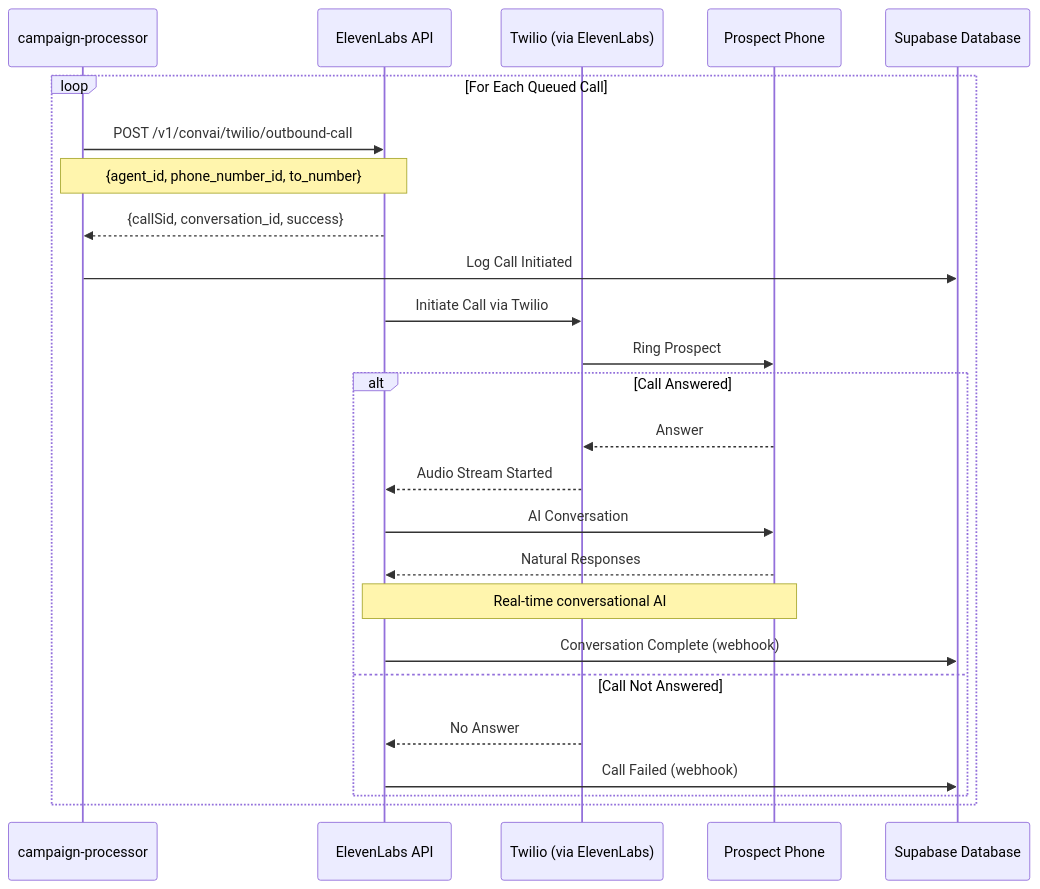
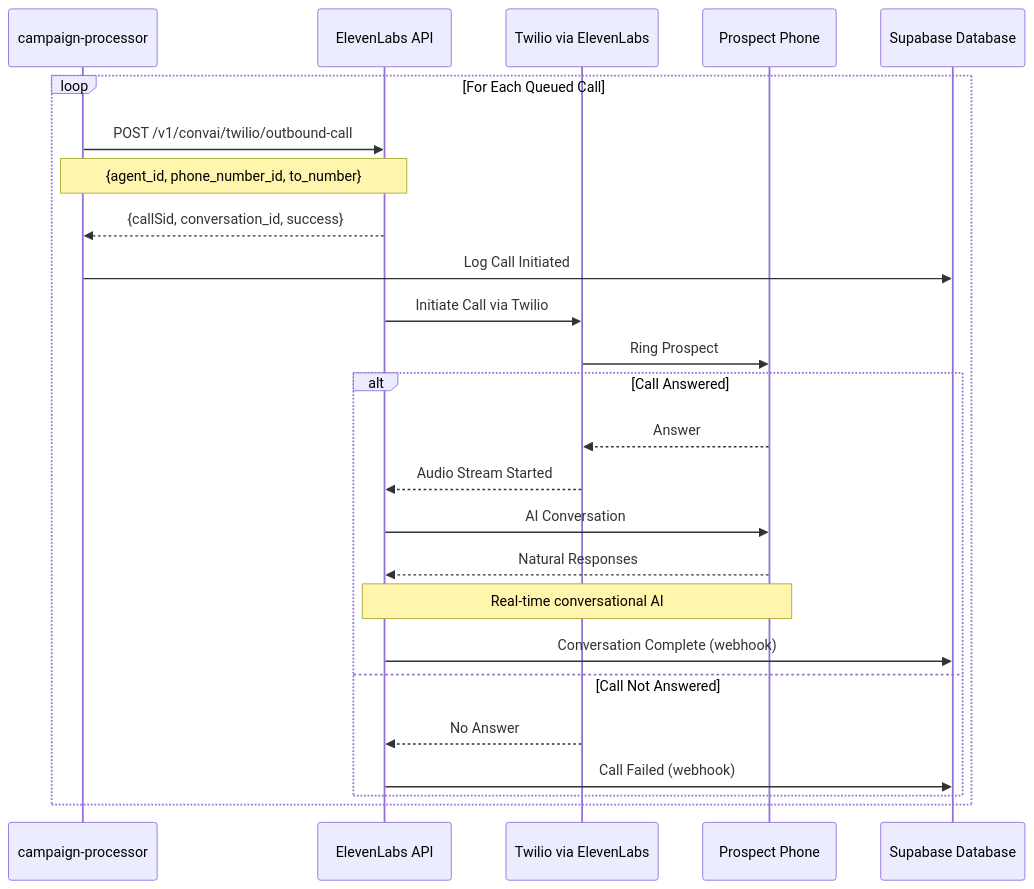
Before and after one commit to callhenk/henk: the fourth of 11 diagrams in docs/elevenlabs-architecture.md, drawn with Mermaid. The commit also changed other lines of this file and 1 other file, not shown here.

First line of the commit message:
Update ElevenLabs integration documentation to reflect API route changes and simplified architecture

````diff
--- a/docs/elevenlabs-architecture.md
+++ b/docs/elevenlabs-architecture.md
@@ -126,30 +126,30 @@
 ```mermaid
 sequenceDiagram
     participant SF as campaign-processor
     participant EL as ElevenLabs API
-    participant T as Twilio (via ElevenLabs)
+    participant T as Twilio via ElevenLabs
     participant P as Prospect Phone
     participant DB as Supabase Database
 
     loop For Each Queued Call
         SF->>EL: POST /v1/convai/twilio/outbound-call
         Note over SF,EL: {agent_id, phone_number_id, to_number}
         EL-->>SF: {callSid, conversation_id, success}
         SF->>DB: Log Call Initiated
 
         EL->>T: Initiate Call via Twilio
         T->>P: Ring Prospect
 
         alt Call Answered
             P-->>T: Answer
             T-->>EL: Audio Stream Started
             EL->>P: AI Conversation
             P-->>EL: Natural Responses
             Note over EL,P: Real-time conversational AI
             EL->>DB: Conversation Complete (webhook)
         else Call Not Answered
             T-->>EL: No Answer
             EL->>DB: Call Failed (webhook)
         end
     end
 ```
````
